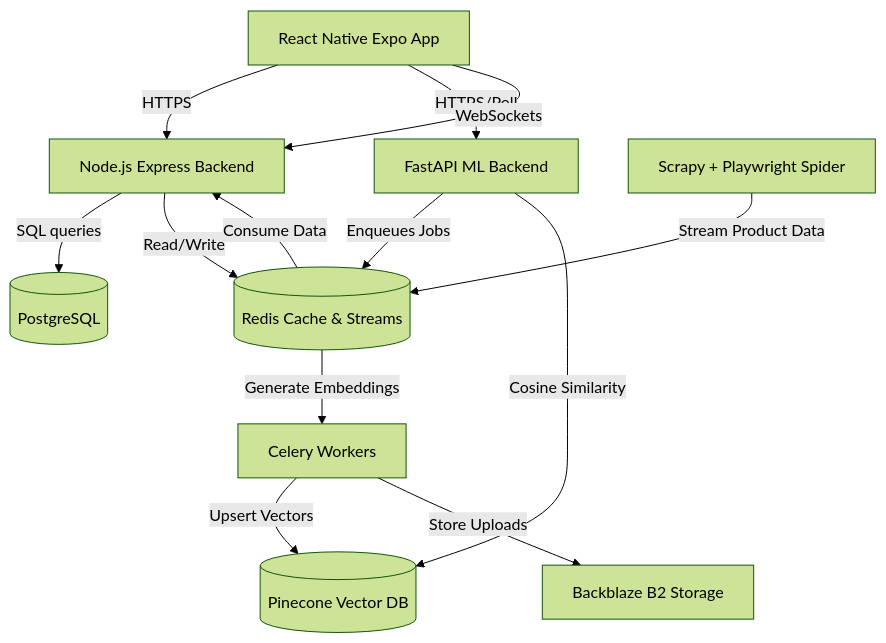
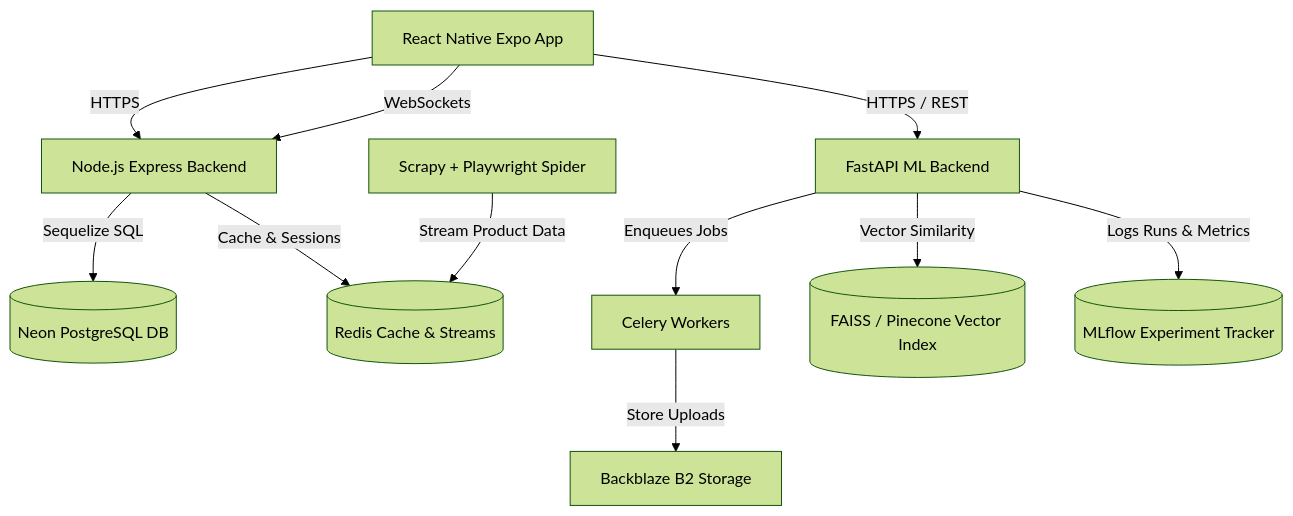
One commit to Zerixxx8995/Fashion_AI changed the diagram in README.md. Above: the diagram before and after it, drawn with Mermaid (forest theme). The commit also changed other lines of this file, not shown here.

````diff
--- a/README.md
+++ b/README.md
@@ -11,24 +30,20 @@
 ```mermaid
 graph TD
-    %% Frontend
+    %% Mobile Frontend
     Mobile[React Native Expo App] -->|HTTPS| NodeAPI[Node.js Express Backend]
-    Mobile -->|HTTPS/Poll| FastAPIML[FastAPI ML Backend]
+    Mobile -->|HTTPS / REST| FastAPIML[FastAPI ML Backend]
     Mobile -->|WebSockets| NodeAPI
     
-    %% Core Backend
-    NodeAPI -->|SQL queries| Postgres[(PostgreSQL)]
-    NodeAPI -->|Read/Write| RedisCache[(Redis Cache & Streams)]
+    %% Databases & Storage
+    NodeAPI -->|Sequelize SQL| Postgres[(Neon PostgreSQL DB)]
+    NodeAPI -->|Cache & Sessions| RedisCache[(Redis Cache & Streams)]
     
-    %% ML Backend
-    FastAPIML -->|Enqueues Jobs| RedisCache
-    FastAPIML -->|Cosine Similarity| Pinecone[(Pinecone Vector DB)]
+    %% ML & Vector Pipeline
+    FastAPIML -->|Enqueues Jobs| Celery[Celery Workers]
+    FastAPIML -->|Vector Similarity| FAISS[(FAISS / Pinecone Vector Index)]
+    FastAPIML -->|Logs Runs & Metrics| MLflow[(MLflow Experiment Tracker)]
     
-    %% Scraper Layer
+    %% Scraper & Storage
     Scraper[Scrapy + Playwright Spider] -->|Stream Product Data| RedisCache
-    RedisCache -->|Consume Data| NodeAPI
-    RedisCache -->|Generate Embeddings| Celery[Celery Workers]
-    
-    %% Workers & Storage
-    Celery -->|Upsert Vectors| Pinecone
     Celery -->|Store Uploads| B2[Backblaze B2 Storage]
 ```
````
